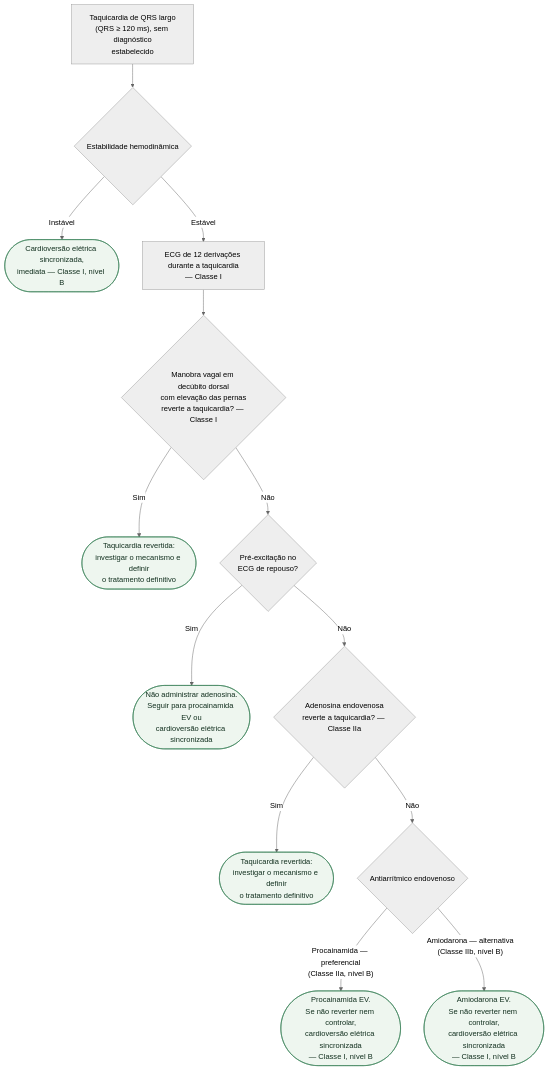
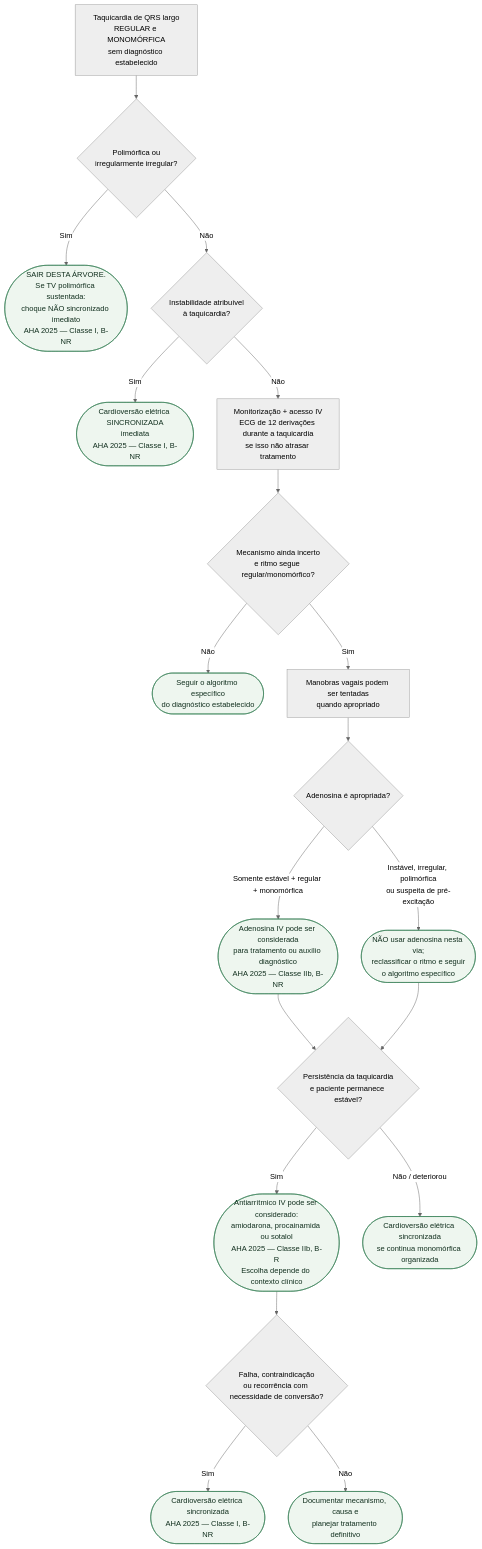
One commit to rafaelpaesmeirelles/MeuCardio changed the diagram in content/Arritmias/fluxograma-taquicardia-de-qrs-largo-esc-2019.md. Above: the diagram before and after it, drawn with Mermaid (neutral theme). The commit also changed other lines of this file, not shown here.

Commit message:
fix(corpus): atualizar taquicardia de QRS largo para AHA 2025

````diff
--- a/content/Arritmias/fluxograma-taquicardia-de-qrs-largo-esc-2019.md
+++ b/content/Arritmias/fluxograma-taquicardia-de-qrs-largo-esc-2019.md
@@ -24,29 +25,33 @@
 ```mermaid
 flowchart TD
-  R0["Taquicardia de QRS largo<br/>(QRS ≥ 120 ms), sem diagnóstico<br/>estabelecido"] --> D1{"Estabilidade hemodinâmica"}
+  R0["Taquicardia de QRS largo<br/>REGULAR e MONOMÓRFICA<br/>sem diagnóstico estabelecido"] --> D0{"Polimórfica ou<br/>irregularmente irregular?"}
 
-  D1 -->|"Instável"| C1(["Cardioversão elétrica sincronizada,<br/>imediata — Classe I, nível B"])
+  D0 -->|"Sim"| X0(["SAIR DESTA ÁRVORE.<br/>Se TV polimórfica sustentada:<br/>choque NÃO sincronizado imediato<br/>AHA 2025 — Classe I, B-NR"])
+  D0 -->|"Não"| D1{"Instabilidade atribuível<br/>à taquicardia?"}
 
-  D1 -->|"Estável"| P1["ECG de 12 derivações durante a taquicardia<br/>— Classe I"]
+  D1 -->|"Sim"| C1(["Cardioversão elétrica SINCRONIZADA<br/>imediata<br/>AHA 2025 — Classe I, B-NR"])
 
-  P1 --> D2{"Manobra vagal em decúbito dorsal<br/>com elevação das pernas<br/>reverte a taquicardia? — Classe I"}
+  D1 -->|"Não"| P1["Monitorização + acesso IV<br/>ECG de 12 derivações durante a taquicardia<br/>se isso não atrasar tratamento"]
 
-  D2 -->|"Sim"| C2(["Taquicardia revertida:<br/>investigar o mecanismo e definir<br/>o tratamento definitivo"])
+  P1 --> D2{"Mecanismo ainda incerto<br/>e ritmo segue regular/monomórfico?"}
 
-  D2 -->|"Não"| D3{"Pré-excitação no<br/>ECG de repouso?"}
+  D2 -->|"Não"| C2(["Seguir o algoritmo específico<br/>do diagnóstico estabelecido"])
+  D2 -->|"Sim"| P2["Manobras vagais podem ser tentadas<br/>quando apropriado"]
 
-  D3 -->|"Sim"| C3(["Não administrar adenosina.<br/>Seguir para procainamida EV ou<br/>cardioversão elétrica sincronizada"])
+  P2 --> D3{"Adenosina é apropriada?"}
+  D3 -->|"Somente estável + regular + monomórfica"| C3(["Adenosina IV pode ser considerada<br/>para tratamento ou auxílio diagnóstico<br/>AHA 2025 — Classe IIb, B-NR"])
+  D3 -->|"Instável, irregular, polimórfica<br/>ou suspeita de pré-excitação"| C4(["NÃO usar adenosina nesta via;<br/>reclassificar o ritmo e seguir<br/>o algoritmo específico"])
 
-  D3 -->|"Não"| D4{"Adenosina endovenosa<br/>reverte a taquicardia? — Classe IIa"}
+  C3 --> D4{"Persistência da taquicardia<br/>e paciente permanece estável?"}
+  C4 --> D4
 
-  D4 -->|"Sim"| C4(["Taquicardia revertida:<br/>investigar o mecanismo e definir<br/>o tratamento definitivo"])
+  D4 -->|"Sim"| C5(["Antiarrítmico IV pode ser considerado:<br/>amiodarona, procainamida ou sotalol<br/>AHA 2025 — Classe IIb, B-R<br/>Escolha depende do contexto clínico"])
+  D4 -->|"Não / deteriorou"| C6(["Cardioversão elétrica sincronizada<br/>se continua monomórfica organizada"])
 
-  D4 -->|"Não"| D5{"Antiarrítmico endovenoso"}
-
-  D5 -->|"Procainamida — preferencial<br/>(Classe IIa, nível B)"| C5(["Procainamida EV.<br/>Se não reverter nem controlar,<br/>cardioversão elétrica sincronizada<br/>— Classe I, nível B"])
-
-  D5 -->|"Amiodarona — alternativa<br/>(Classe IIb, nível B)"| C6(["Amiodarona EV.<br/>Se não reverter nem controlar,<br/>cardioversão elétrica sincronizada<br/>— Classe I, nível B"])
+  C5 --> D5{"Falha, contraindicação<br/>ou recorrência com necessidade de conversão?"}
+  D5 -->|"Sim"| C7(["Cardioversão elétrica sincronizada<br/>AHA 2025 — Classe I, B-NR"])
+  D5 -->|"Não"| C8(["Documentar mecanismo, causa e<br/>planejar tratamento definitivo"])
 
   classDef conduta fill:#eef6ef,stroke:#2f7a4f,color:#12301f;
-  class C1,C2,C3,C4,C5,C6 conduta;
+  class X0,C1,C2,C3,C4,C5,C6,C7,C8 conduta;
 ```
````
